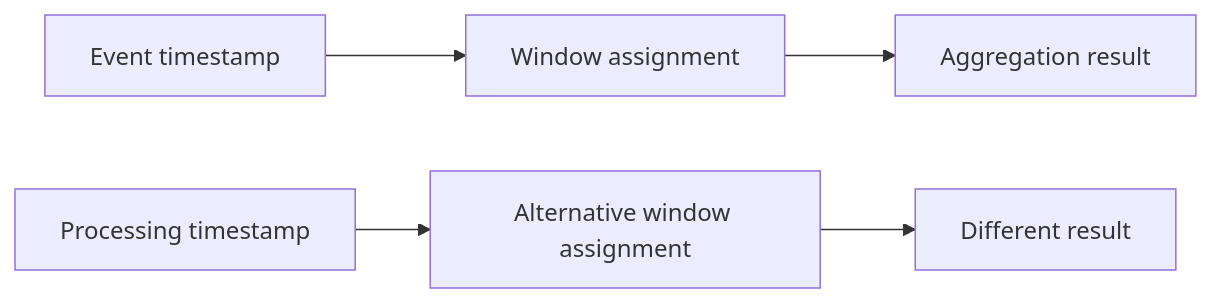
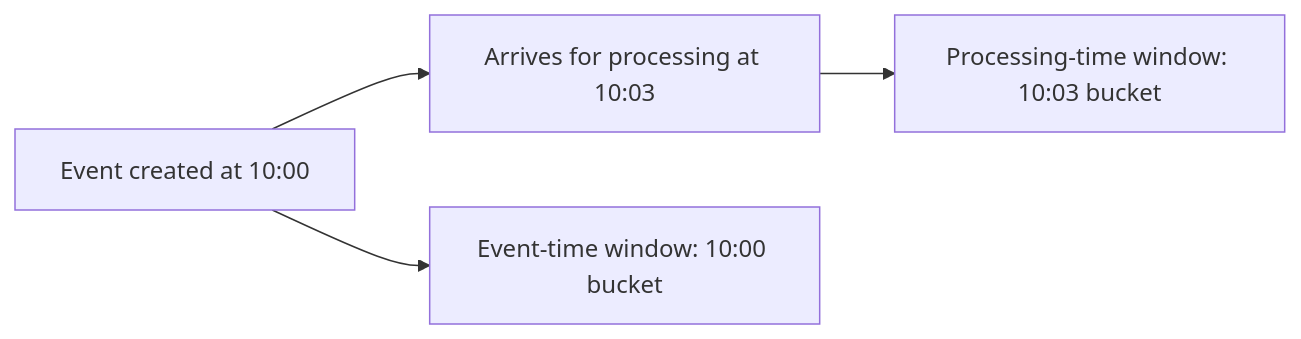
The diagram in _posts/2026-06-10-kafka-event-time-vs-processing-time-part-1.md (sandeepbhardwaj/sandeepbhardwaj.github.io), drawn with Mermaid before and after one commit. The commit also changed other lines of this file and 113 other files, not shown here.

````diff
--- a/_posts/2026-06-10-kafka-event-time-vs-processing-time-part-1.md
+++ b/_posts/2026-06-10-kafka-event-time-vs-processing-time-part-1.md
@@ -125,7 +48,6 @@
-        ```mermaid
+```mermaid
 flowchart LR
-    A[Event timestamp] --> B[Window assignment]
-    C[Processing timestamp] --> D[Alternative window assignment]
-    B --> E[Aggregation result]
-    D --> F[Different result]
+    A[Event created at 10:00] --> B[Arrives for processing at 10:03]
+    A --> C[Event-time window: 10:00 bucket]
+    B --> D[Processing-time window: 10:03 bucket]
 ```
````
